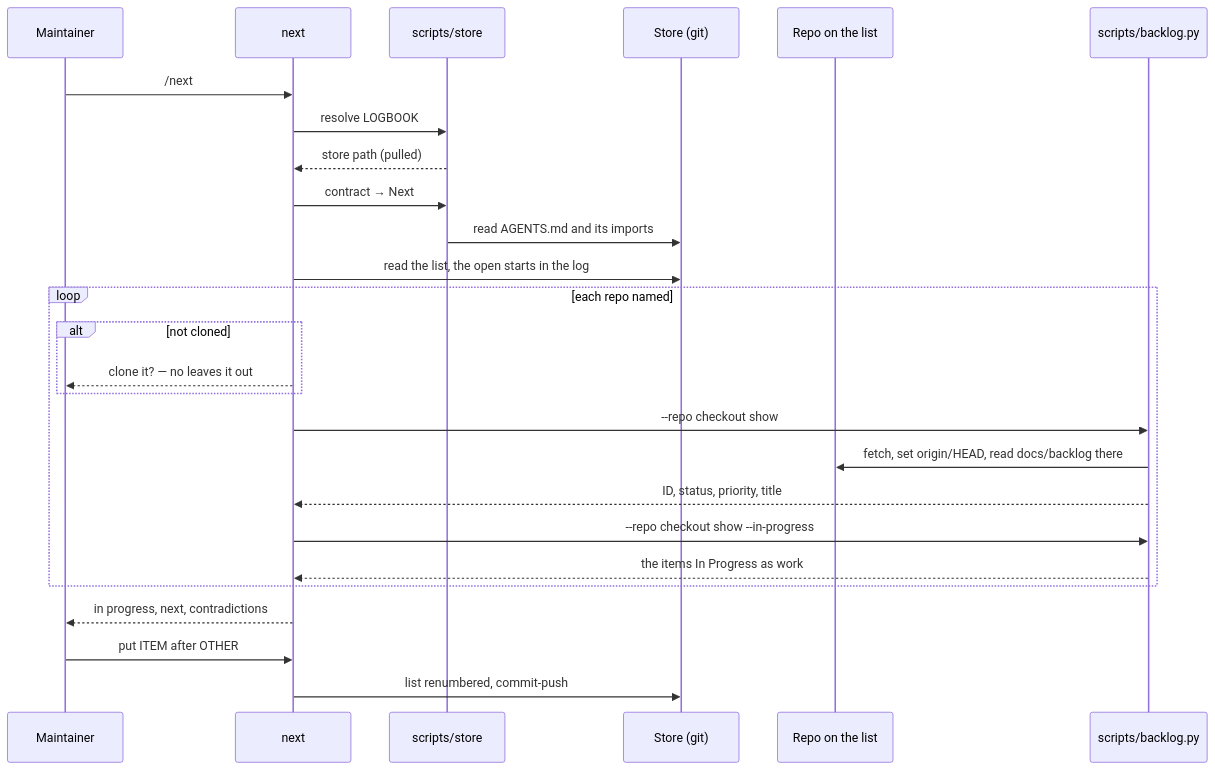
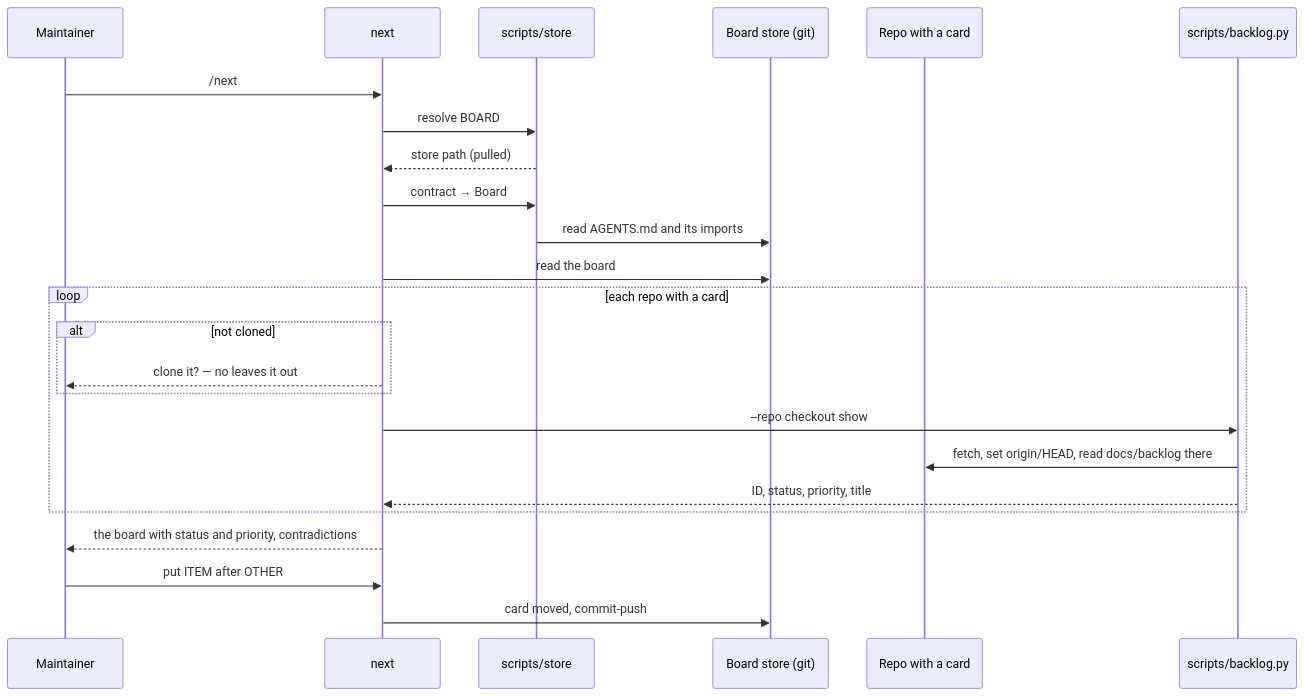
The eighth of 8 diagrams in docs/architecture.md (xxthunder/xxthunder-agentic-skills), drawn with Mermaid before and after one commit. The commit also changed other lines of this file and 3 other files, not shown here.

First line of the commit message:
docs(architecture): the board as its own store; backlog-ops moves cards (XAS-046)

````diff
--- a/docs/architecture.md
+++ b/docs/architecture.md
@@ -290,28 +303,26 @@
 ```mermaid
 sequenceDiagram
     participant U as Maintainer
     participant N as next
     participant S as scripts/store
-    participant K as Store (git)
-    participant R as Repo on the list
+    participant K as Board store (git)
+    participant R as Repo with a card
     participant P as scripts/backlog.py
     U->>N: /next
-    N->>S: resolve LOGBOOK
+    N->>S: resolve BOARD
     S-->>N: store path (pulled)
-    N->>S: contract → Next
+    N->>S: contract → Board
     S->>K: read AGENTS.md and its imports
-    N->>K: read the list, the open starts in the log
-    loop each repo named
+    N->>K: read the board
+    loop each repo with a card
         alt not cloned
             N-->>U: clone it? — no leaves it out
         end
         N->>P: --repo checkout show
         P->>R: fetch, set origin/HEAD, read docs/backlog there
         P-->>N: ID, status, priority, title
-        N->>P: --repo checkout show --in-progress
-        P-->>N: the items In Progress as work
     end
-    N-->>U: in progress, next, contradictions
+    N-->>U: the board with status and priority, contradictions
     U->>N: put ITEM after OTHER
-    N->>K: list renumbered, commit-push
+    N->>K: card moved, commit-push
 ```
````
